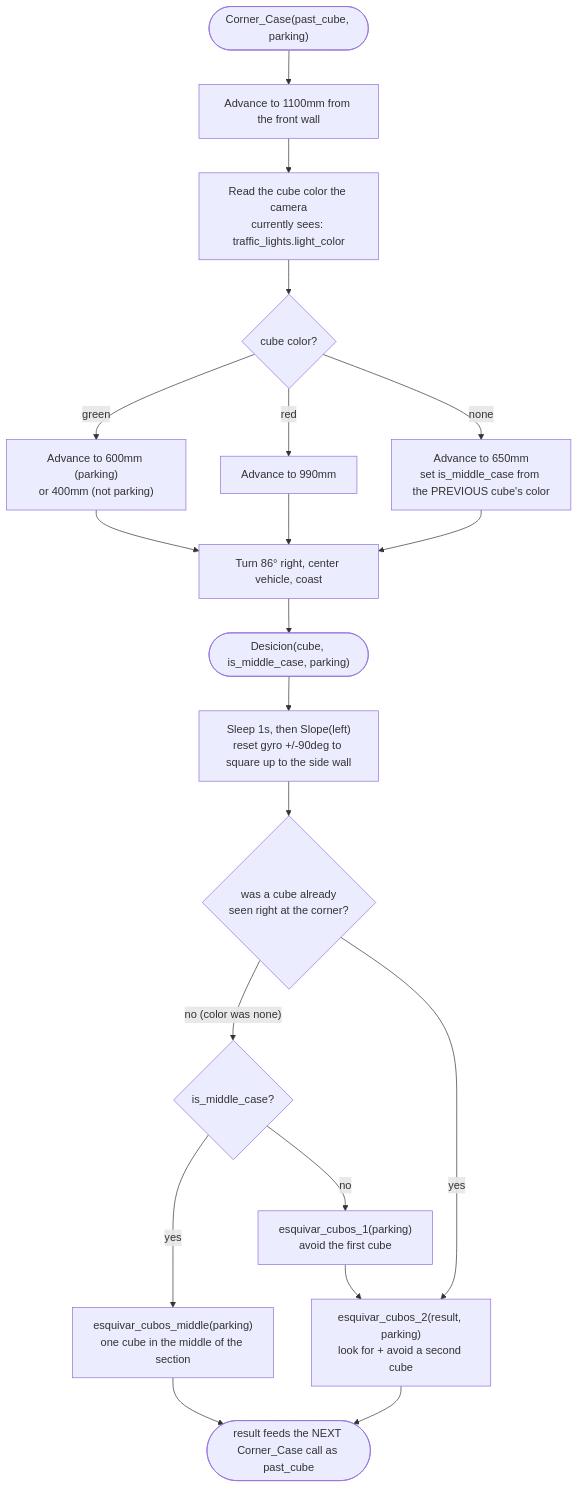
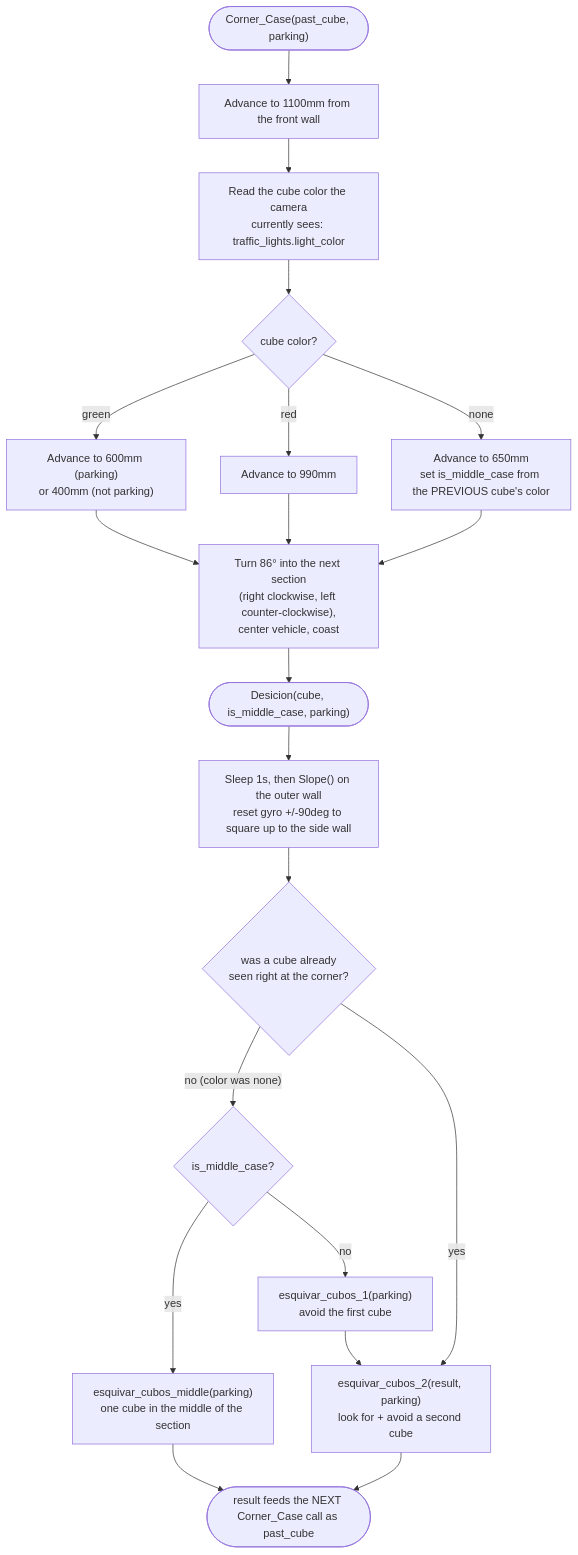
The fourth of 4 diagrams in README.md (alex309-duarte/WRO_Future_Engineers_Queretaro_CSS), drawn with Mermaid before and after one commit. The commit also changed other lines of this file and 5 other files, not shown here.

````diff
--- a/README.md
+++ b/README.md
@@ -547,22 +548,22 @@
 ```mermaid
 flowchart TD
     A(["Corner_Case(past_cube, parking)"]) --> B["Advance to 1100mm from the front wall"]
     B --> C["Read the cube color the camera<br/>currently sees: traffic_lights.light_color"]
     C --> D{"cube color?"}
     D -- green --> E["Advance to 600mm (parking)<br/>or 400mm (not parking)"]
     D -- red --> F["Advance to 990mm"]
     D -- none --> G["Advance to 650mm<br/>set is_middle_case from the PREVIOUS cube's color"]
-    E --> H["Turn 86&deg; right, center vehicle, coast"]
+    E --> H["Turn 86&deg; into the next section<br/>(right clockwise, left counter-clockwise),<br/>center vehicle, coast"]
     F --> H
     G --> H
     H --> I(["Desicion(cube, is_middle_case, parking)"])
-    I --> J["Sleep 1s, then Slope(left)<br/>reset gyro +/-90deg to square up to the side wall"]
+    I --> J["Sleep 1s, then Slope() on the outer wall<br/>reset gyro +/-90deg to square up to the side wall"]
     J --> K{"was a cube already<br/>seen right at the corner?"}
     K -- "no (color was none)" --> L{"is_middle_case?"}
     L -- yes --> M["esquivar_cubos_middle(parking)<br/>one cube in the middle of the section"]
     L -- no --> N["esquivar_cubos_1(parking)<br/>avoid the first cube"]
     N --> O["esquivar_cubos_2(result, parking)<br/>look for + avoid a second cube"]
     K -- yes --> O
     M --> P(["result feeds the NEXT Corner_Case call as past_cube"])
     O --> P
 ```
````
